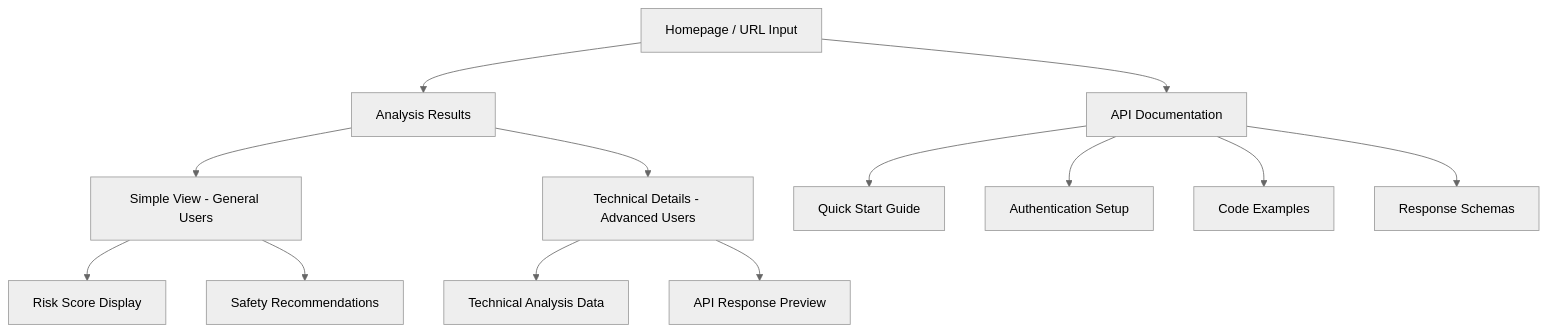
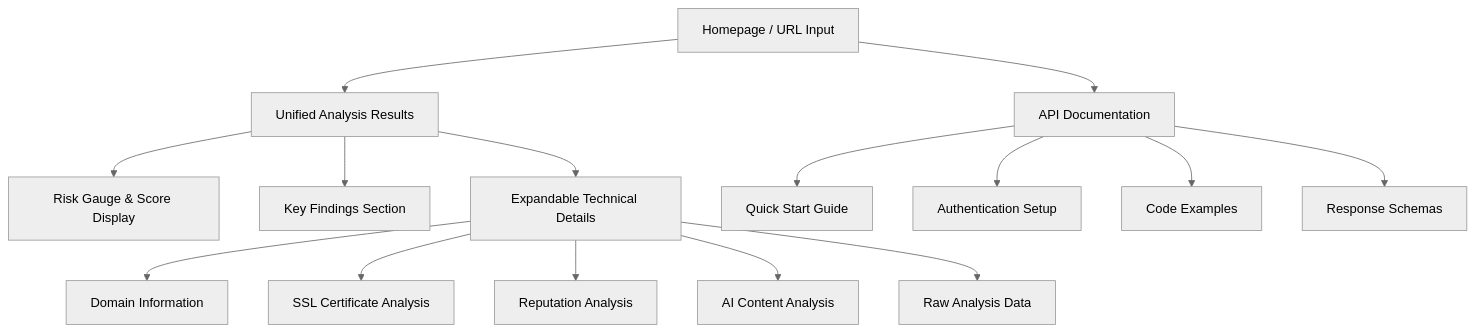
The first of 3 diagrams in docs/front-end-spec.md (danwashusen/scam-checker), drawn with Mermaid (neutral theme) before and after one commit. The commit also changed other lines of this file and 4 other files, not shown here.

First line of the commit message:
docs: update architecture and workflow documentation

````diff
--- a/docs/front-end-spec.md
+++ b/docs/front-end-spec.md
@@ -48,15 +49,17 @@
 ```mermaid
 graph TD
-    A[Homepage / URL Input] --> B[Analysis Results]
+    A[Homepage / URL Input] --> B[Unified Analysis Results]
     A --> C[API Documentation]
-    B --> B1[Simple View - General Users]
-    B --> B2[Technical Details - Advanced Users]
-    B1 --> D[Risk Score Display]
-    B1 --> E[Safety Recommendations]
-    B2 --> F[Technical Analysis Data]
-    B2 --> G[API Response Preview]
+    B --> D[Risk Gauge & Score Display]
+    B --> E[Key Findings Section]
+    B --> F[Expandable Technical Details]
+    F --> F1[Domain Information]
+    F --> F2[SSL Certificate Analysis]
+    F --> F3[Reputation Analysis]
+    F --> F4[AI Content Analysis]
+    F --> F5[Raw Analysis Data]
     C --> C1[Quick Start Guide]
     C --> C2[Authentication Setup]
     C --> C3[Code Examples]
     C --> C4[Response Schemas]
 ```
````
